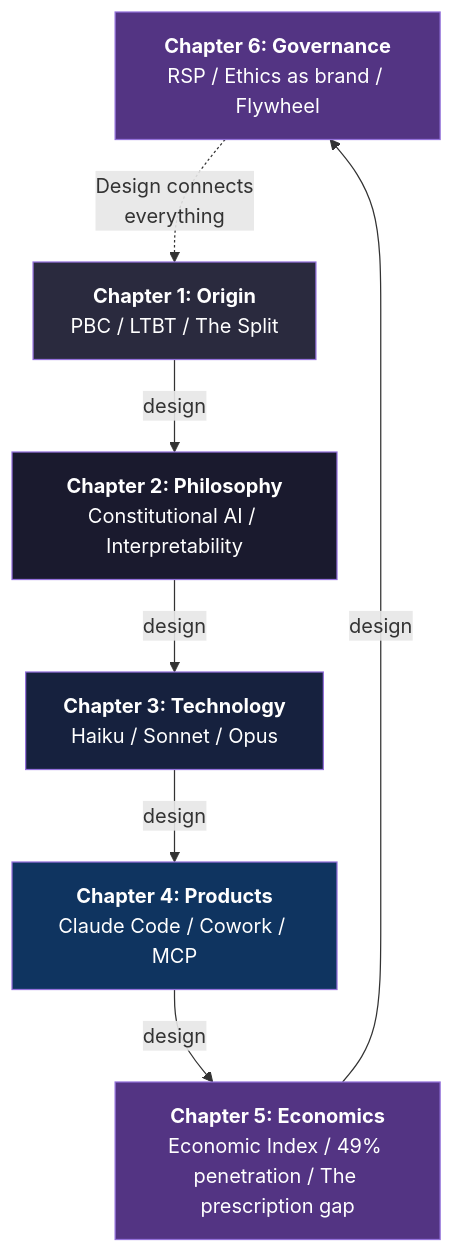
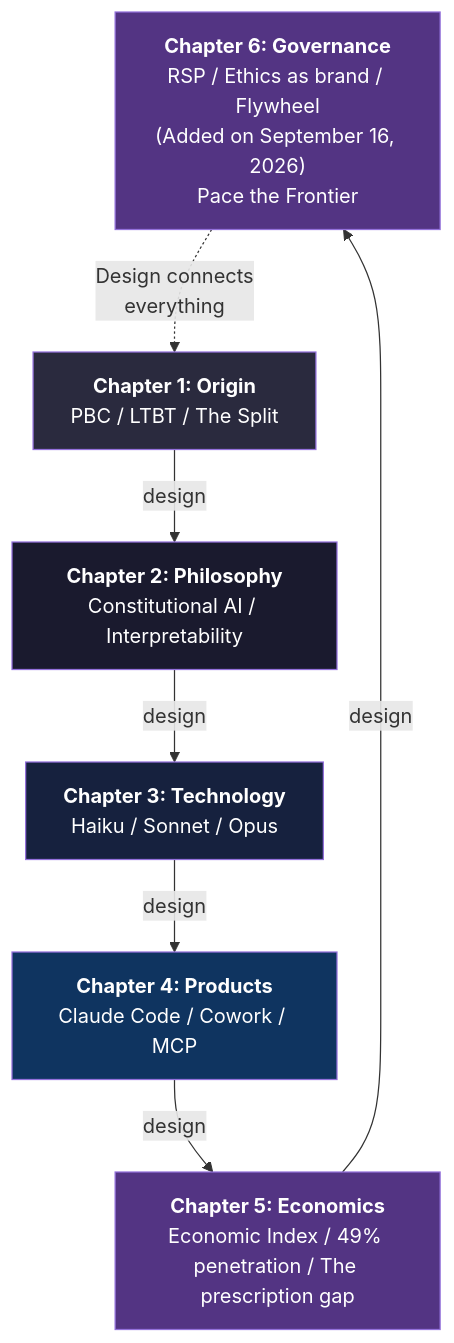
Before and after one commit to Leading-AI-IO/anatomy-of-anthropic: diagram 15 of 15 in docs/en/anatomy_of_anthropic_en.md, drawn with Mermaid. The commit also changed other lines of this file, not shown here.

````diff
--- a/docs/en/anatomy_of_anthropic_en.md
+++ b/docs/en/anatomy_of_anthropic_en.md
@@ -1190,23 +1309,23 @@
 ```mermaid
 flowchart TB
-    G["<b>Chapter 6: Governance</b><br/>RSP / Ethics as brand / Flywheel"]
+    G["<b>Chapter 6: Governance</b><br/>RSP / Ethics as brand / Flywheel<br/>(Added on September 16, 2026)<br/>Pace the Frontier"]
     E["<b>Chapter 5: Economics</b><br/>Economic Index / 49% penetration / The prescription gap"]
     P["<b>Chapter 4: Products</b><br/>Claude Code / Cowork / MCP"]
     T["<b>Chapter 3: Technology</b><br/>Haiku / Sonnet / Opus"]
     Ph["<b>Chapter 2: Philosophy</b><br/>Constitutional AI / Interpretability"]
     O["<b>Chapter 1: Origin</b><br/>PBC / LTBT / The Split"]
 
     O -->|"design"| Ph
     Ph -->|"design"| T
     T -->|"design"| P
     P -->|"design"| E
     E -->|"design"| G
     G -.->|"Design connects<br/>everything"| O
 
     style O fill:#2a2a3e,color:#fff
     style Ph fill:#1a1a2e,color:#fff
     style T fill:#16213e,color:#fff
     style P fill:#0f3460,color:#fff
     style E fill:#533483,color:#fff
     style G fill:#533483,color:#fff
 ```
````
